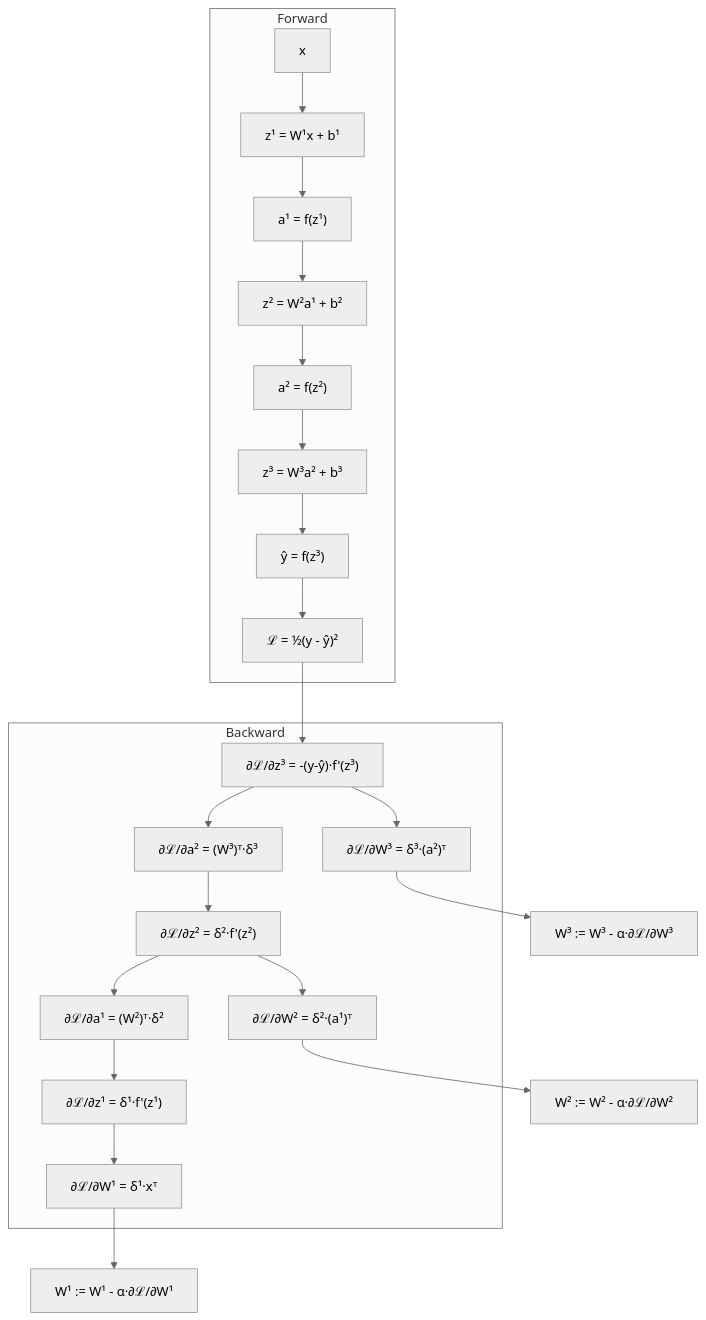
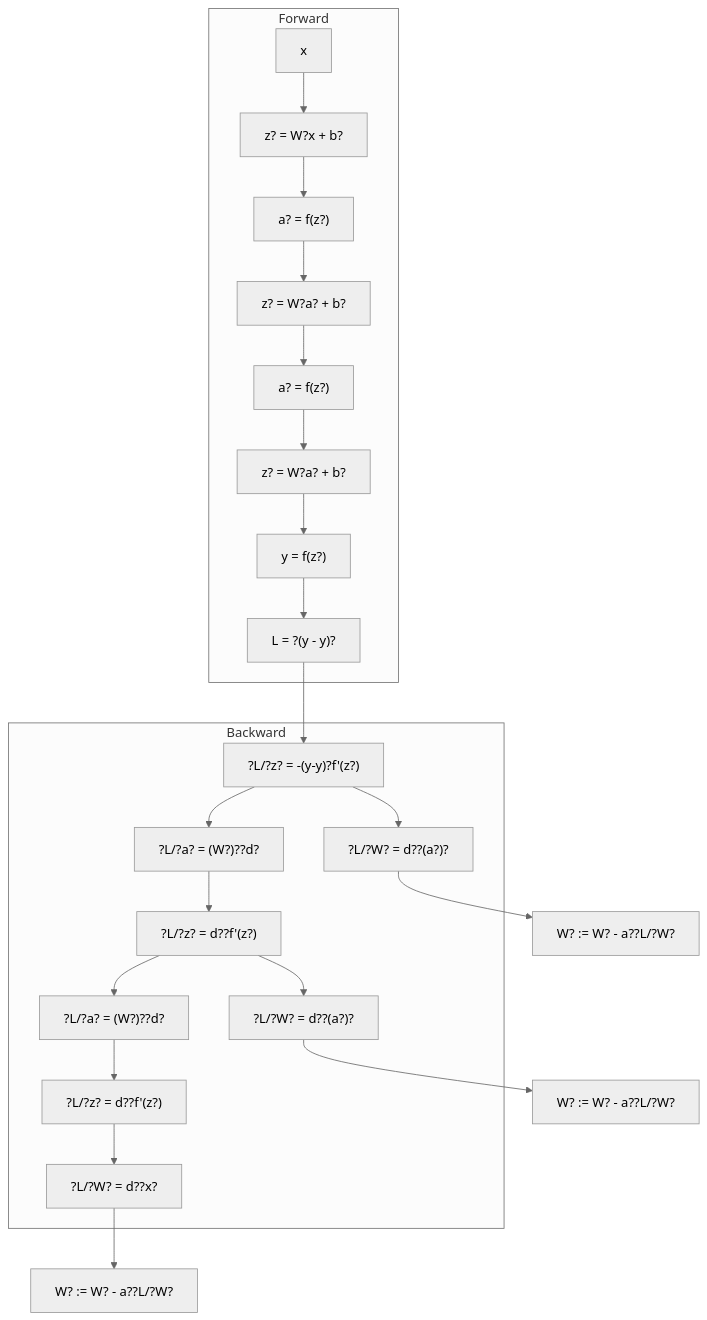
Before and after one commit to Raushan666java/ai-engineering-journey: the third of 10 diagrams in docs/courses/machine-learning/07-neural-networks.md, drawn with Mermaid (neutral theme). The commit also changed other lines of this file and 790 other files, not shown here.

Commit message:
Sync all course diagram renders and content updates

````diff
--- a/docs/courses/machine-learning/07-neural-networks.md
+++ b/docs/courses/machine-learning/07-neural-networks.md
@@ -147,25 +147,25 @@
 ```mermaid
 flowchart TD
     subgraph Forward
-        X["x"] --> Z1["z¹ = W¹x + b¹"]
-        Z1 --> A1["a¹ = f(z¹)"]
-        A1 --> Z2["z² = W²a¹ + b²"]
-        Z2 --> A2["a² = f(z²)"]
-        A2 --> Z3["z³ = W³a² + b³"]
-        Z3 --> YH["ŷ = f(z³)"]
-        YH --> L["ℒ = ½(y - ŷ)²"]
+        X["x"] --> Z1["z? = W?x + b?"]
+        Z1 --> A1["a? = f(z?)"]
+        A1 --> Z2["z? = W?a? + b?"]
+        Z2 --> A2["a? = f(z?)"]
+        A2 --> Z3["z? = W?a? + b?"]
+        Z3 --> YH["y = f(z?)"]
+        YH --> L["L = ?(y - y)?"]
     end
     subgraph Backward
-        L --> DZ3["∂ℒ/∂z³ = -(y-ŷ)·f'(z³)"]
-        DZ3 --> DW3["∂ℒ/∂W³ = δ³·(a²)ᵀ"]
-        DZ3 --> DA2["∂ℒ/∂a² = (W³)ᵀ·δ³"]
-        DA2 --> DZ2["∂ℒ/∂z² = δ²·f'(z²)"]
-        DZ2 --> DW2["∂ℒ/∂W² = δ²·(a¹)ᵀ"]
-        DZ2 --> DA1["∂ℒ/∂a¹ = (W²)ᵀ·δ²"]
-        DA1 --> DZ1["∂ℒ/∂z¹ = δ¹·f'(z¹)"]
-        DZ1 --> DW1["∂ℒ/∂W¹ = δ¹·xᵀ"]
+        L --> DZ3["?L/?z? = -(y-y)?f'(z?)"]
+        DZ3 --> DW3["?L/?W? = d??(a?)?"]
+        DZ3 --> DA2["?L/?a? = (W?)??d?"]
+        DA2 --> DZ2["?L/?z? = d??f'(z?)"]
+        DZ2 --> DW2["?L/?W? = d??(a?)?"]
+        DZ2 --> DA1["?L/?a? = (W?)??d?"]
+        DA1 --> DZ1["?L/?z? = d??f'(z?)"]
+        DZ1 --> DW1["?L/?W? = d??x?"]
     end
-    DW1 --> U1["W¹ := W¹ - α·∂ℒ/∂W¹"]
-    DW2 --> U2["W² := W² - α·∂ℒ/∂W²"]
-    DW3 --> U3["W³ := W³ - α·∂ℒ/∂W³"]
+    DW1 --> U1["W? := W? - a??L/?W?"]
+    DW2 --> U2["W? := W? - a??L/?W?"]
+    DW3 --> U3["W? := W? - a??L/?W?"]
 ```
````
